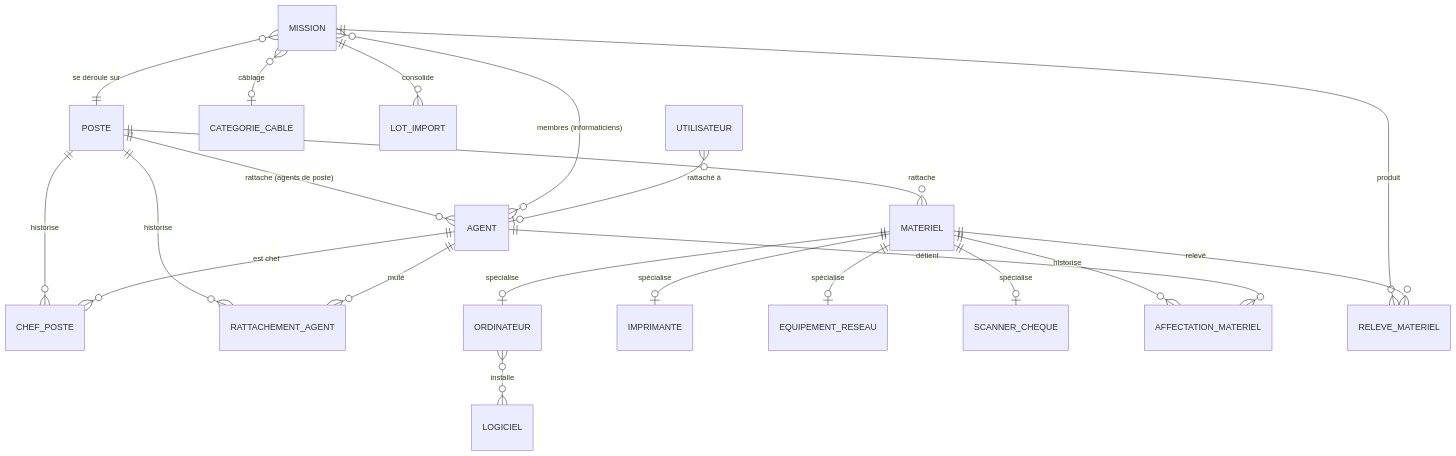
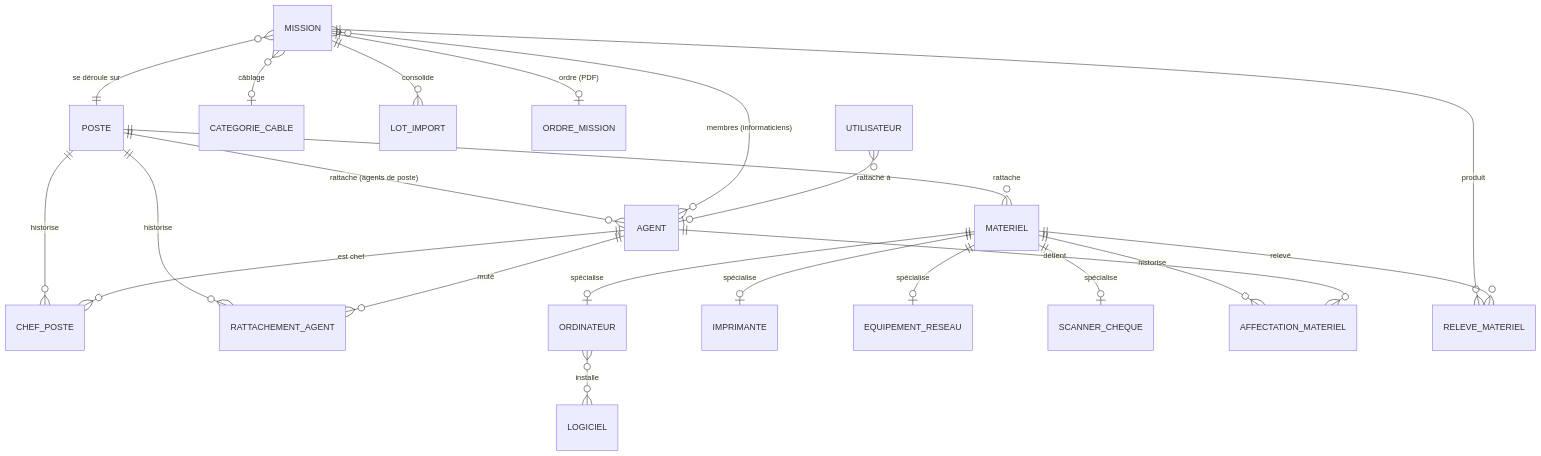
One commit to amadoulamine1/Missions_DGCPT changed the diagram in docs/04-Modele-de-donnees.md. Above: the diagram before and after it, drawn with Mermaid. The commit also changed other lines of this file and 6 other files, not shown here.

First line of the commit message:
Doc : agents en charge + ordre de mission (PDF) dans la liste des missions

````diff
--- a/docs/04-Modele-de-donnees.md
+++ b/docs/04-Modele-de-donnees.md
@@ -5,23 +5,24 @@
 ```mermaid
 erDiagram
     POSTE ||--o{ AGENT : "rattache (agents de poste)"
     POSTE ||--o{ CHEF_POSTE : "historise"
     AGENT ||--o{ CHEF_POSTE : "est chef"
     POSTE ||--o{ RATTACHEMENT_AGENT : "historise"
     AGENT ||--o{ RATTACHEMENT_AGENT : "muté"
     POSTE ||--o{ MATERIEL : "rattache"
     MATERIEL ||--o| ORDINATEUR : "spécialise"
     MATERIEL ||--o| IMPRIMANTE : "spécialise"
     MATERIEL ||--o| EQUIPEMENT_RESEAU : "spécialise"
     MATERIEL ||--o| SCANNER_CHEQUE : "spécialise"
     MATERIEL ||--o{ AFFECTATION_MATERIEL : "historise"
     AGENT ||--o{ AFFECTATION_MATERIEL : "détient"
     ORDINATEUR }o--o{ LOGICIEL : "installe"
     MISSION ||--o{ RELEVE_MATERIEL : "produit"
     MATERIEL ||--o{ RELEVE_MATERIEL : "relevé"
     MISSION }o--|| POSTE : "se déroule sur"
     MISSION }o--o{ AGENT : "membres (informaticiens)"
     MISSION }o--o| CATEGORIE_CABLE : "câblage"
     MISSION ||--o{ LOT_IMPORT : "consolide"
+    MISSION ||--o| ORDRE_MISSION : "ordre (PDF)"
     UTILISATEUR }o--o| AGENT : "rattaché à"
 ```
````
